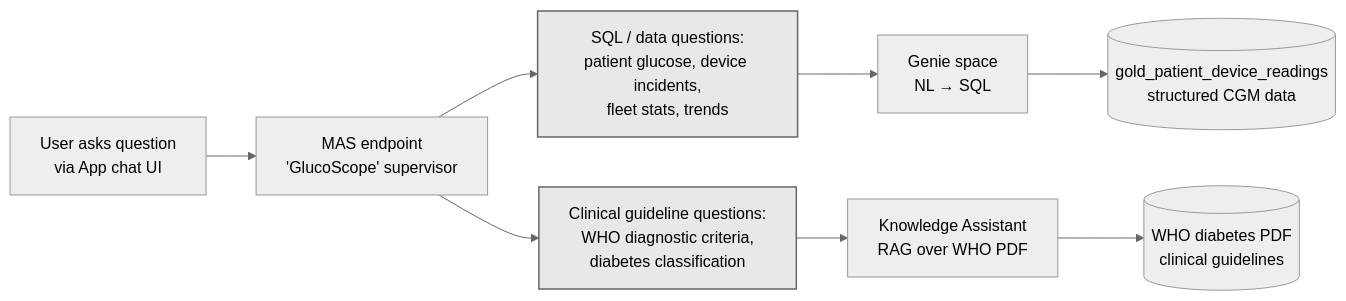
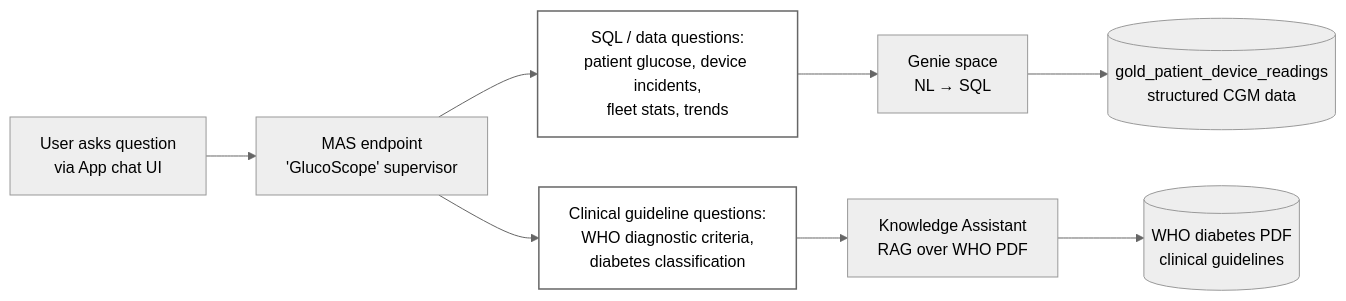
Before and after one commit to databricks-industry-solutions/glucosphere: the diagram in App/README.md, drawn with Mermaid.

Commit message:
docs(App/README): soften R1/R2 routing-node fill #e8e8e8 → #ffffff
Light-gray fill on R1/R2 was reading as too prominent against the
other neutral-theme nodes. White fill matches the cleaner visual
hierarchy — boxes still bordered, but content distinction is the
text, not the fill.

````diff
--- a/App/README.md
+++ b/App/README.md
@@ -33,23 +33,23 @@
 ```mermaid
 %%{init: {'theme': 'neutral'}}%%
 flowchart LR
     U[User asks question<br/>via App chat UI]
     M[MAS endpoint<br/>'GlucoScope' supervisor]
     R1[SQL / data questions:<br/>patient glucose, device incidents,<br/>fleet stats, trends]
     R2[Clinical guideline questions:<br/>WHO diagnostic criteria,<br/>diabetes classification]
     G[Genie space<br/>NL → SQL]
     K[Knowledge Assistant<br/>RAG over WHO PDF]
     DB[(gold_patient_device_readings<br/>structured CGM data)]
     PDF[(WHO diabetes PDF<br/>clinical guidelines)]
 
     U --> M
     M --> R1
     M --> R2
     R1 --> G
     R2 --> K
     G --> DB
     K --> PDF
 
-    classDef routing fill:#e8e8e8,stroke:#666,stroke-width:1.5px;
+    classDef routing fill:#ffffff,stroke:#666,stroke-width:1.5px;
     class R1,R2 routing;
 ```
````
